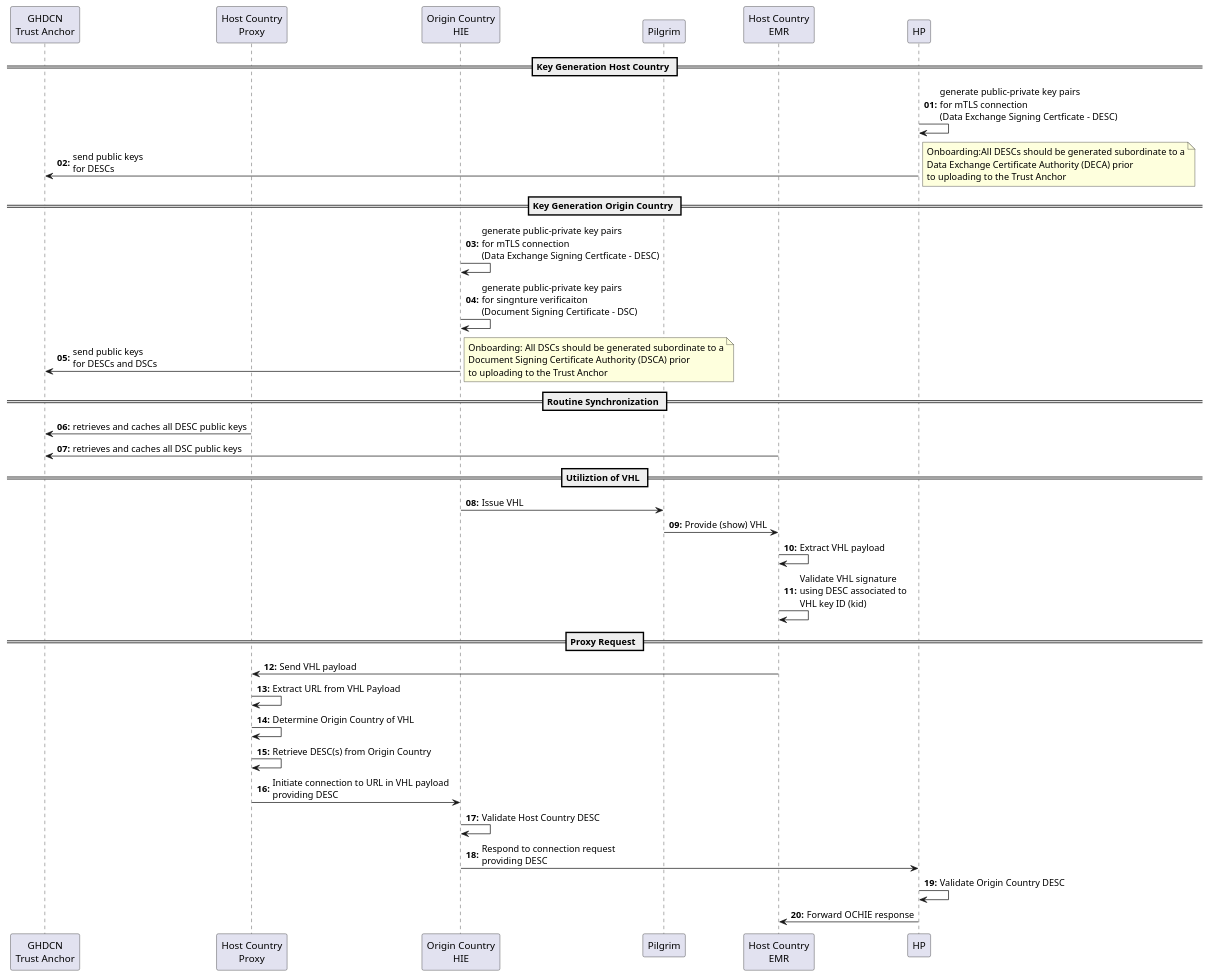
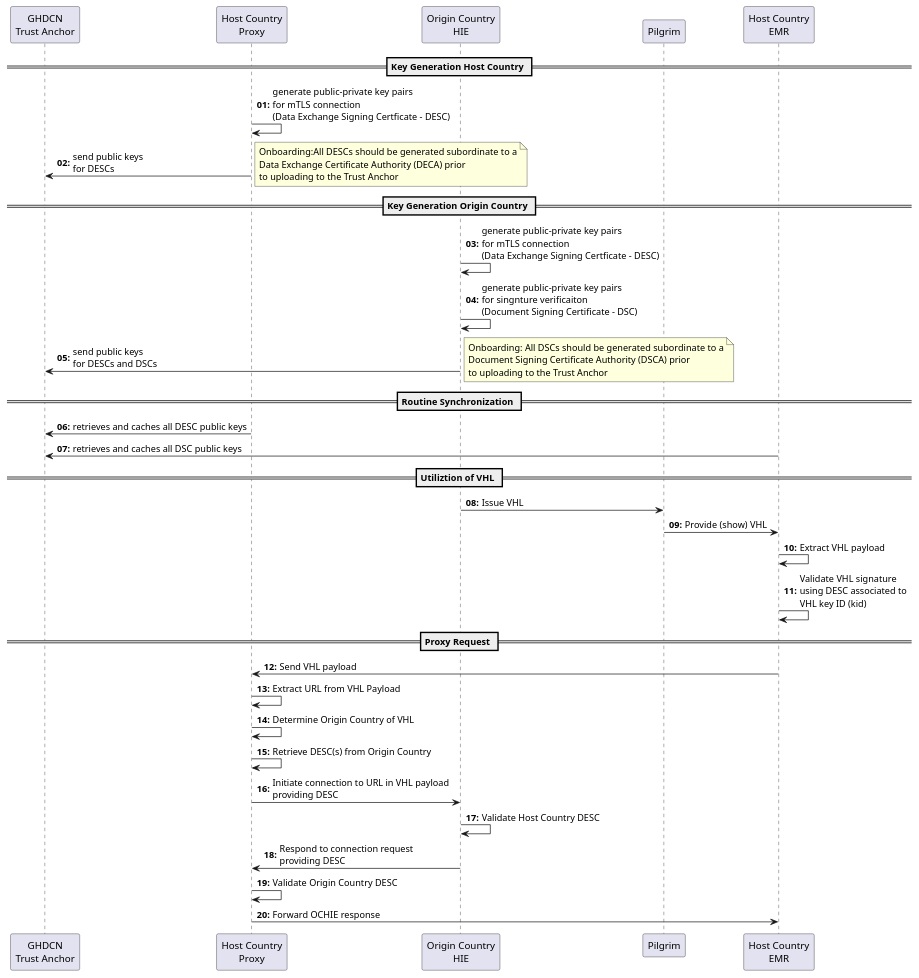
One commit to mtavhel-tsch/smart-ips-pilgrimage changed the diagram in input/images-source/initiate_secure_connection.plantuml. Above: the diagram before and after it, drawn with PlantUML.

Commit message:
fix typos in DESC sequence

```diff
--- a/input/images-source/initiate_secure_connection.plantuml
+++ b/input/images-source/initiate_secure_connection.plantuml
@@ -1,72 +1,72 @@
 @startuml
 
 
 
 
 participant "Origin Country\nHIE" as OCHIE
 participant "GHDCN\nTrust Anchor" as TA
 participant "Host Country\nProxy" as HCP
 participant "Origin Country\nHIE" as OCHIE
 participant "Pilgrim" as P
 
 participant "Host Country\nEMR" as HCEMR
 
 
 
 autonumber "<b>00:</b>"
 
 
 
 == Key Generation Host Country ==
-HP -> HP : generate public-private key pairs\nfor mTLS connection\n(Data Exchange Signing Certficate - DESC)
-HP  -> TA: send public keys\nfor DESCs
+HCP -> HCP : generate public-private key pairs\nfor mTLS connection\n(Data Exchange Signing Certficate - DESC)
+HCP  -> TA: send public keys\nfor DESCs
 
 
 note right
 	Onboarding:All DESCs should be generated subordinate to a
 	Data Exchange Certificate Authority (DECA) prior
 	to uploading to the Trust Anchor
 end note
 
 
 == Key Generation Origin Country ==
 OCHIE -> OCHIE : generate public-private key pairs\nfor mTLS connection\n(Data Exchange Signing Certficate - DESC)
 OCHIE -> OCHIE : generate public-private key pairs\nfor singnture verificaiton\n(Document Signing Certificate - DSC)
 OCHIE -> TA: send public keys\nfor DESCs and DSCs
 
 
 note right
 	Onboarding: All DSCs should be generated subordinate to a
 	Document Signing Certificate Authority (DSCA) prior
 	to uploading to the Trust Anchor
 end note
 
 
 == Routine Synchronization ==
   HCP -> TA : retrieves and caches all DESC public keys
   HCEMR -> TA : retrieves and caches all DSC public keys
 
 
 
 == Utiliztion of VHL ==
 
 OCHIE -> P : Issue VHL
 P -> HCEMR : Provide (show) VHL
 HCEMR -> HCEMR : Extract VHL payload
 HCEMR -> HCEMR : Validate VHL signature\nusing DESC associated to\nVHL key ID (kid)
 
 
 == Proxy Request ==
 
 HCEMR -> HCP : Send VHL payload
 HCP -> HCP : Extract URL from VHL Payload
 HCP -> HCP : Determine Origin Country of VHL
 HCP -> HCP : Retrieve DESC(s) from Origin Country
 HCP -> OCHIE : Initiate connection to URL in VHL payload\nproviding DESC
 OCHIE -> OCHIE : Validate Host Country DESC
-OCHIE -> HP : Respond to connection request\nproviding DESC
-HP -> HP : Validate Origin Country DESC
-HP -> HCEMR : Forward OCHIE response
+OCHIE -> HCP : Respond to connection request\nproviding DESC
+HCP -> HCP : Validate Origin Country DESC
+HCP -> HCEMR : Forward OCHIE response
 
 
 @enduml
```
